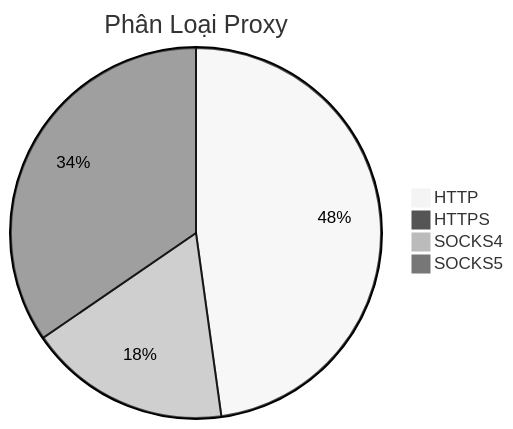
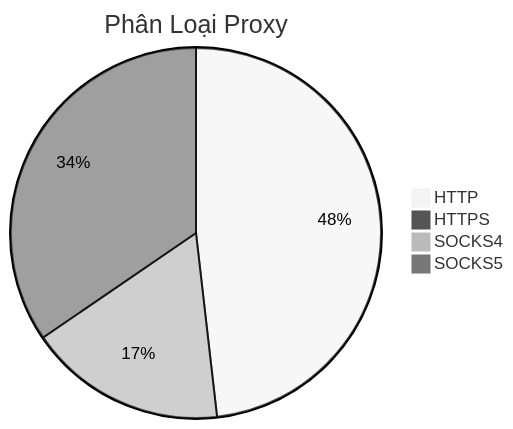
Before and after one commit to Ciara-12/PROXY-free: the diagram in README.md, drawn with Mermaid (neutral theme). The commit also changed other lines of this file and 4 other files, not shown here.

````diff
--- a/README.md
+++ b/README.md
@@ -26,7 +26,7 @@
 ```mermaid
 pie title Phân Loại Proxy
-    "HTTP" : 426
-    "HTTPS" : 3
-    "SOCKS4" : 157
-    "SOCKS5" : 308
+    "HTTP" : 424
+    "HTTPS" : 8
+    "SOCKS4" : 152
+    "SOCKS5" : 304
 ```
````
